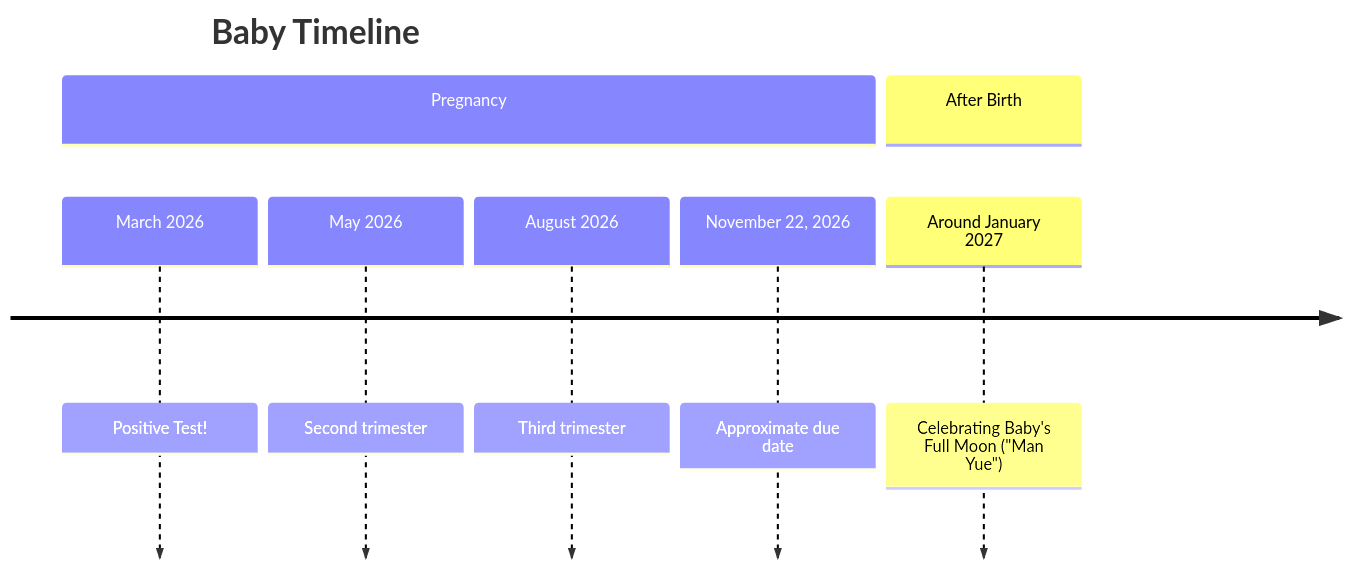
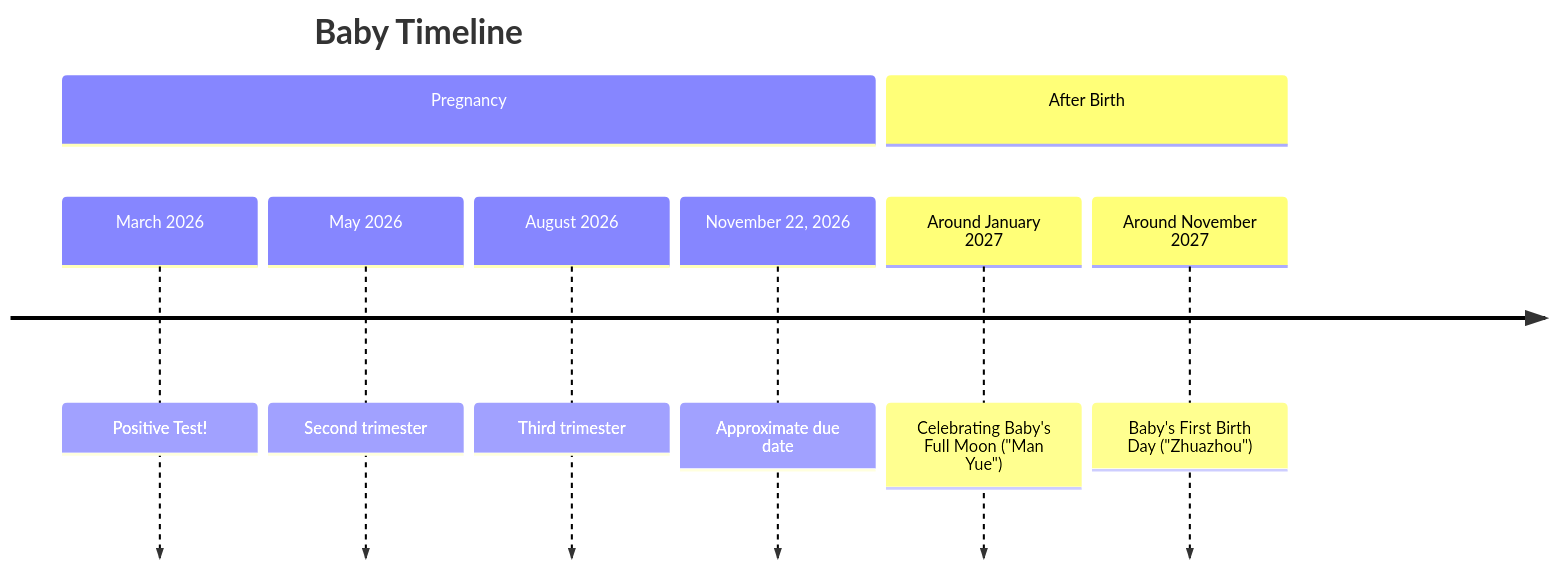
One commit to heidiwwang/heidi2o changed the diagram in content/baby_guide.md. Above: the diagram before and after it, drawn with Mermaid. The commit also changed other lines of this file, not shown here.

````diff
--- a/content/baby_guide.md
+++ b/content/baby_guide.md
@@ -14,12 +13,13 @@
 ```mermaid
 timeline
     title Baby Timeline
     section Pregnancy
 	    March 2026 : Positive Test!
 	    May 2026 : Second trimester
 	    August 2026 : Third trimester
 	    November 22, 2026 : Approximate due date
 	    
 	section After Birth
 		Around January 2027: Celebrating Baby's Full Moon ("Man Yue")		
+		Around November 2027: Baby's First Birth Day ("Zhuazhou")
 ```
````
